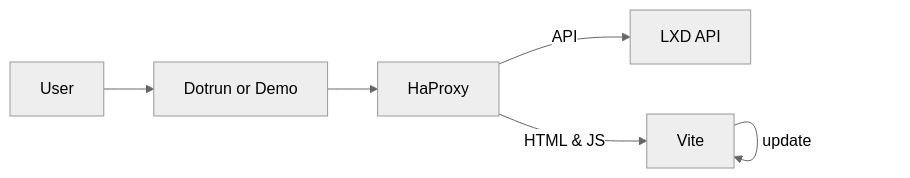
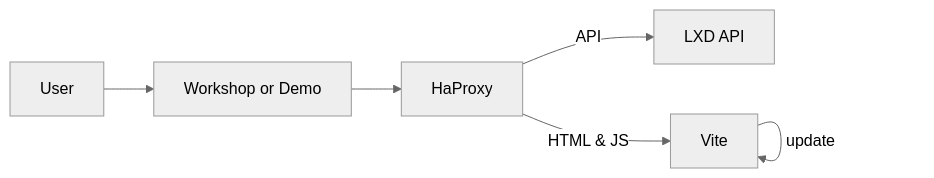
One commit to canonical/lxd-ui changed the second of 4 diagrams in ARCHITECTURE.MD. Above: the diagram before and after it, drawn with Mermaid (neutral theme). The commit also changed other lines of this file and 17 other files, not shown here.

Commit message:
chore(workshop) use workshop instead of dotrun WD-36747

````diff
--- a/ARCHITECTURE.MD
+++ b/ARCHITECTURE.MD
@@ -17,8 +17,8 @@
 ```mermaid
     graph LR
-    U[User] --> D[Dotrun or Demo]
+    U[User] --> D[Workshop or Demo]
     D --> H[HaProxy]
     H -- API--> L[LXD API]
     H -- HTML & JS--> V[Vite]
     V -- update --> V
 ```
````
